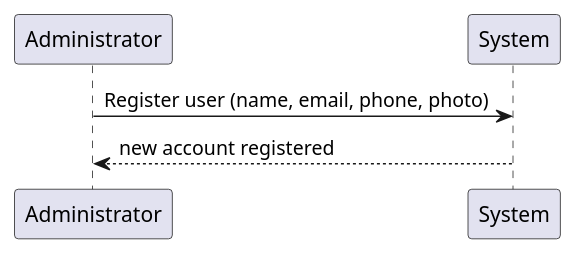
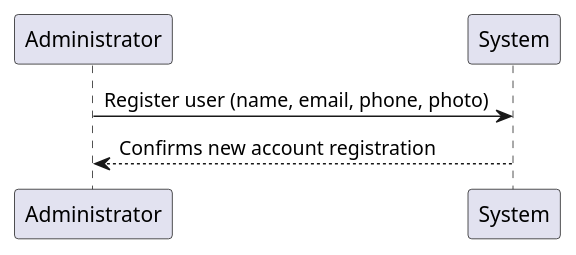
Before and after one commit to ivo-menezes/project_g3: the diagram in docs/modelling_design/user_stories/us002/US002_RegisterUserSSD.puml, drawn with PlantUML. The commit also changed 2 other files, not shown here.

```diff
--- a/docs/modelling_design/user_stories/us002/US002_RegisterUserSSD.puml
+++ b/docs/modelling_design/user_stories/us002/US002_RegisterUserSSD.puml
@@ -1,6 +1,6 @@
 @startuml
 
 Administrator -> System: Register user (name, email, phone, photo)
-Administrator <-- System: new account registered
+Administrator <-- System: Confirms new account registration
 
 @enduml
```
